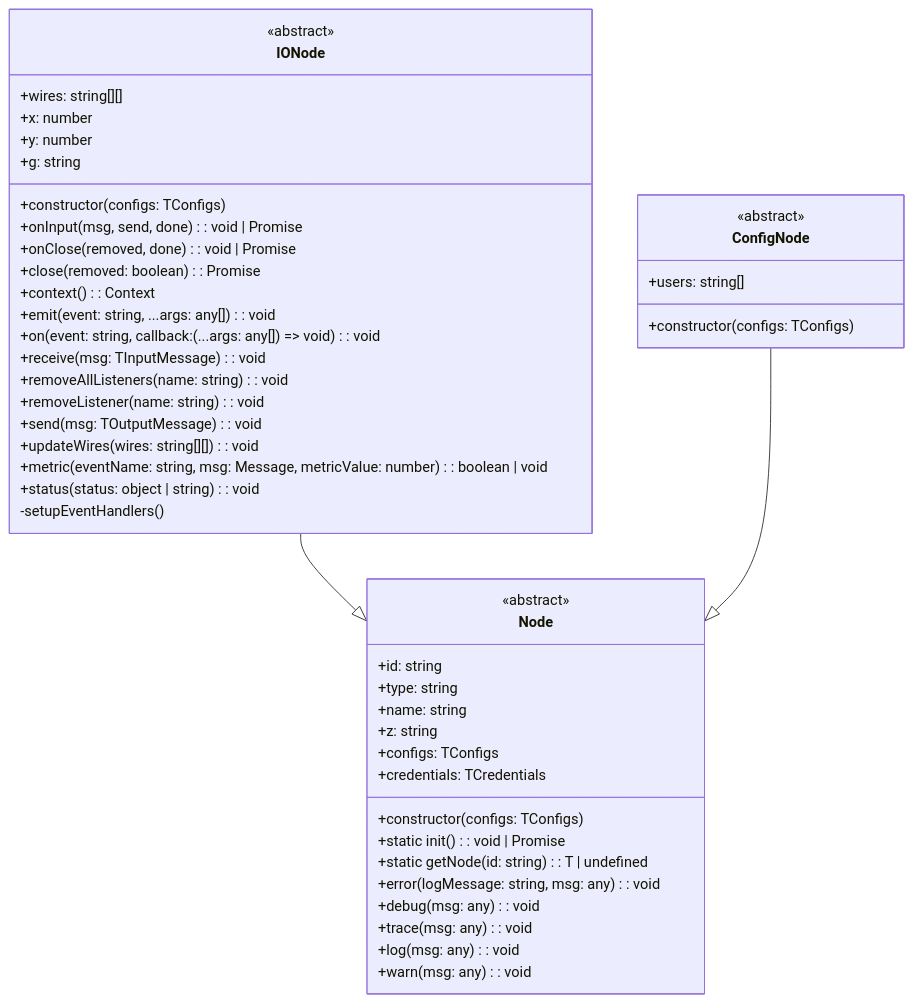
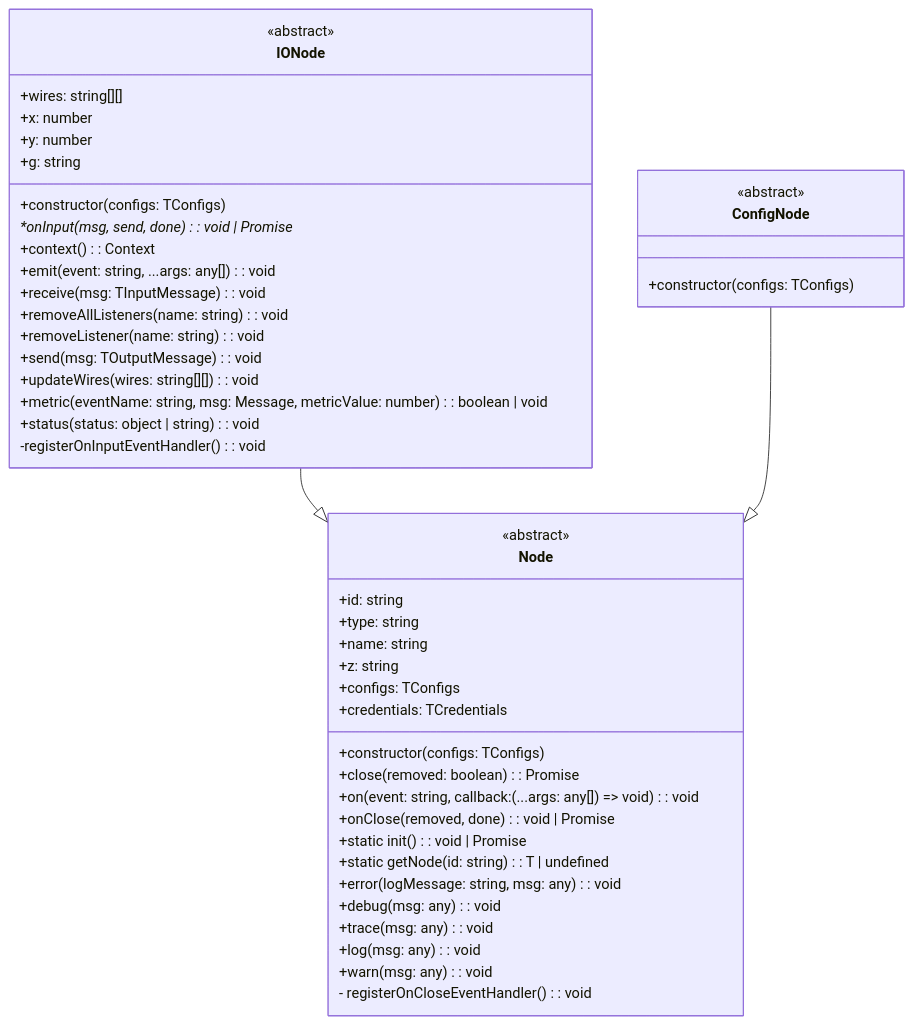
The diagram in README.md (AllanOricil/node-red-vue-template), drawn with Mermaid before and after one commit.

Commit message:
docs: update class diagram

````diff
--- a/README.md
+++ b/README.md
@@ -95,52 +95,52 @@
 ```mermaid
 classDiagram
 class Node {
   <<abstract>>
   +id: string
   +type: string
   +name: string
   +z: string
   +configs: TConfigs
   +credentials: TCredentials
   +constructor(configs: TConfigs)
+  +close(removed: boolean): Promise<void>
+  +on(event: string, callback: (...args: any[]) => void): void
+  +onClose(removed, done): void | Promise<void>
   +static init(): void | Promise<void>
   +static getNode<T>(id: string): T | undefined
   +error(logMessage: string, msg: any): void
   +debug(msg: any): void
   +trace(msg: any): void
   +log(msg: any): void
   +warn(msg: any): void
+  - registerOnCloseEventHandler(): void
 }
 
 class IONode {
   <<abstract>>
   +wires: string[][]
   +x: number
   +y: number
   +g: string
   +constructor(configs: TConfigs)
-  +onInput(msg, send, done): void | Promise<void>
-  +onClose(removed, done): void | Promise<void>
-  +close(removed: boolean): Promise<void>
+  *onInput(msg, send, done): void | Promise<void>*
   +context(): Context
   +emit(event: string, ...args: any[]): void
-  +on(event: string, callback: (...args: any[]) => void): void
   +receive(msg: TInputMessage): void
   +removeAllListeners(name: string): void
   +removeListener(name: string): void
   +send(msg: TOutputMessage): void
   +updateWires(wires: string[][]): void
   +metric(eventName: string, msg: Message, metricValue: number): boolean | void
   +status(status: object | string): void
-  -setupEventHandlers()
+  -registerOnInputEventHandler() : void
 }
 
 class ConfigNode {
   <<abstract>>
-  +users: string[]
   +constructor(configs: TConfigs)
 }
 
 IONode --|> Node
 ConfigNode --|> Node
 ```
````
